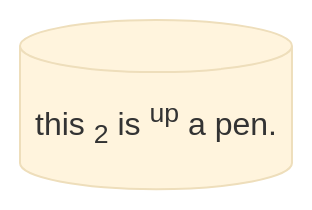
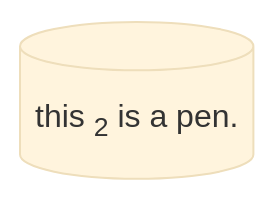
The diagram in grand_canonical.md (yamato97/science), drawn with Mermaid (base theme) before and after one commit.

````diff
--- a/grand_canonical.md
+++ b/grand_canonical.md
@@ -9,4 +9,4 @@
 ```mermaid
 graph LR
-NodeIdName[("this <sub>2</sub> is <sup>up</sup> a pen.")]
+NodeIdName[("this <sub>2</sub> is a pen.")]
 ```
````
